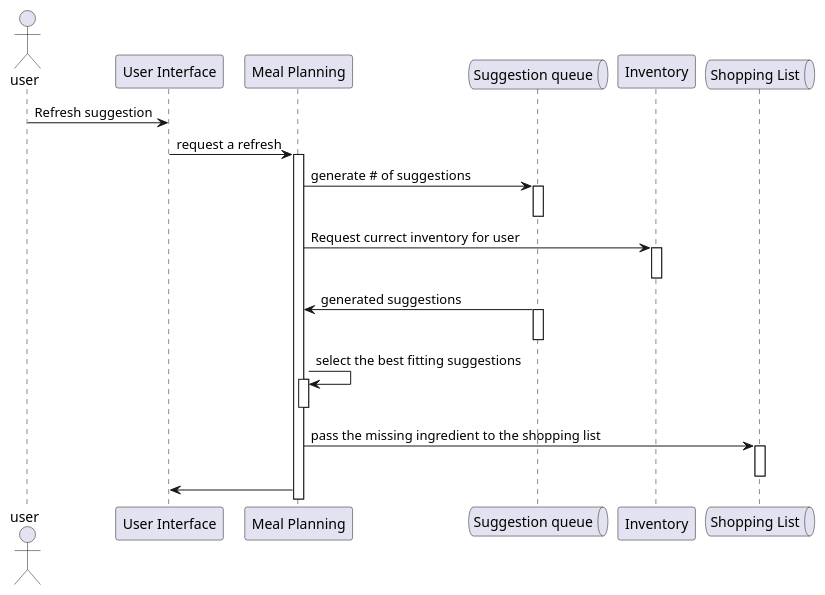
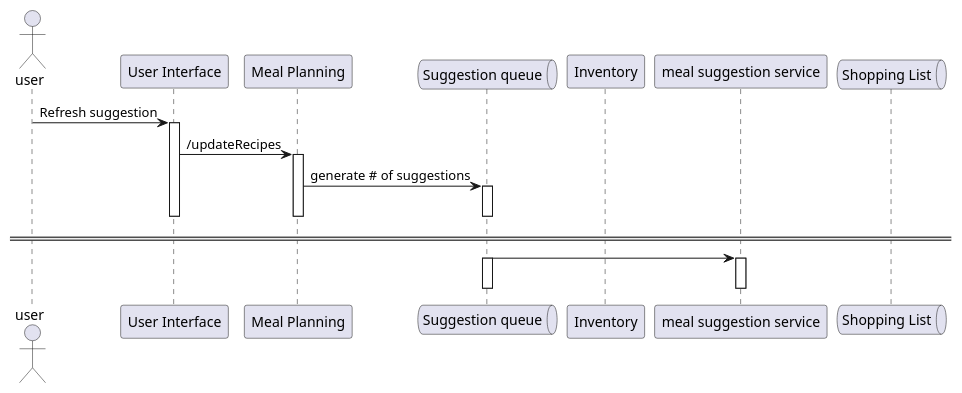
One commit to evanfranciszok/SOA-project changed the diagram in _ProjectFiles/sequenceDiagram.puml. Above: the diagram before and after it, drawn with PlantUML. The commit also changed 1 other file, not shown here.

Commit message:
start changes to the sequence diagram

```diff
--- a/_ProjectFiles/sequenceDiagram.puml
+++ b/_ProjectFiles/sequenceDiagram.puml
@@ -1,27 +1,41 @@
 @startuml "get suggestion"
 actor       user       as user
 participant "User Interface" as ui
 participant "Meal Planning" as mealplan
 queue       "Suggestion queue"       as q1
 participant "Inventory" as inventory
+participant "meal suggestion service" as suggest
 queue "Shopping List" as q2
+
 user -> ui : Refresh suggestion
-ui -> mealplan : request a refresh
+activate ui
+ui -> mealplan : /updateRecipes
 activate mealplan
 mealplan -> q1 : generate # of suggestions
 activate q1
 deactivate q1
-mealplan -> inventory : Request currect inventory for user
-activate inventory
-deactivate inventory
-q1 -> mealplan : generated suggestions
+deactivate mealplan
+deactivate ui
+== ==
+q1 -> suggest
 activate q1
+activate suggest
 deactivate q1
-mealplan -> mealplan : select the best fitting suggestions
-activate mealplan
-deactivate mealplan
-mealplan -> q2 : pass the missing ingredient to the shopping list
-activate q2
-deactivate q2
-mealplan -> ui
+deactivate suggest
+
+
+
+' mealplan -> inventory : Request currect inventory for user
+' activate inventory
+' deactivate inventory
+' q1 -> mealplan : generated suggestions
+' activate q1
+' deactivate q1
+' mealplan -> mealplan : select the best fitting suggestions
+' activate mealplan
+' deactivate mealplan
+' mealplan -> q2 : pass the missing ingredient to the shopping list
+' activate q2
+' deactivate q2
+' mealplan -> ui
 @enduml
```
